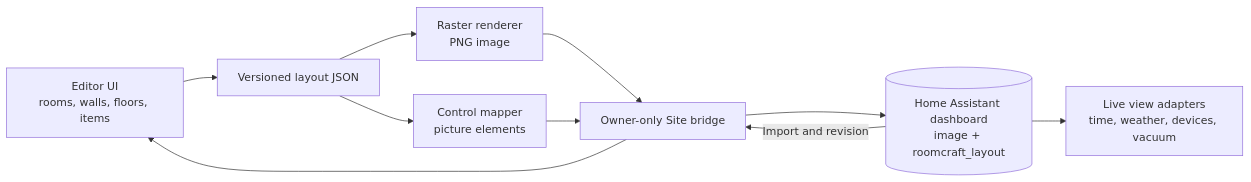
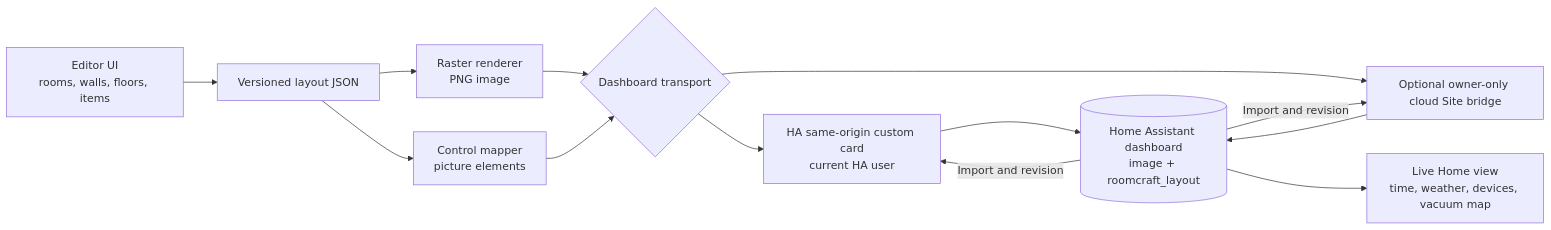
One commit to Kenkneeshio/AI_VIBECODING changed the diagram in home-assistant/projects/roomcraft/docs/architecture.md. Above: the diagram before and after it, drawn with Mermaid. The commit also changed other lines of this file and 34 other files, not shown here.

````diff
--- a/home-assistant/projects/roomcraft/docs/architecture.md
+++ b/home-assistant/projects/roomcraft/docs/architecture.md
@@ -5,12 +5,15 @@
 ```mermaid
 flowchart LR
   E[Editor UI<br/>rooms, walls, floors, items] --> M[Versioned layout JSON]
   M --> R[Raster renderer<br/>PNG image]
   M --> C[Control mapper<br/>picture elements]
-  R --> B[Owner-only Site bridge]
-  C --> B
-  B --> H[(Home Assistant dashboard<br/>image + roomcraft_layout)]
+  R --> T{Dashboard transport}
+  C --> T
+  T --> A[HA same-origin custom card<br/>current HA user]
+  T --> B[Optional owner-only cloud Site bridge]
+  A --> H[(Home Assistant dashboard<br/>image + roomcraft_layout)]
+  B --> H
+  H -->|Import and revision| A
   H -->|Import and revision| B
-  B --> E
-  H --> L[Live view adapters<br/>time, weather, devices, vacuum]
+  H --> L[Live Home view<br/>time, weather, devices, vacuum map]
 ```
````
